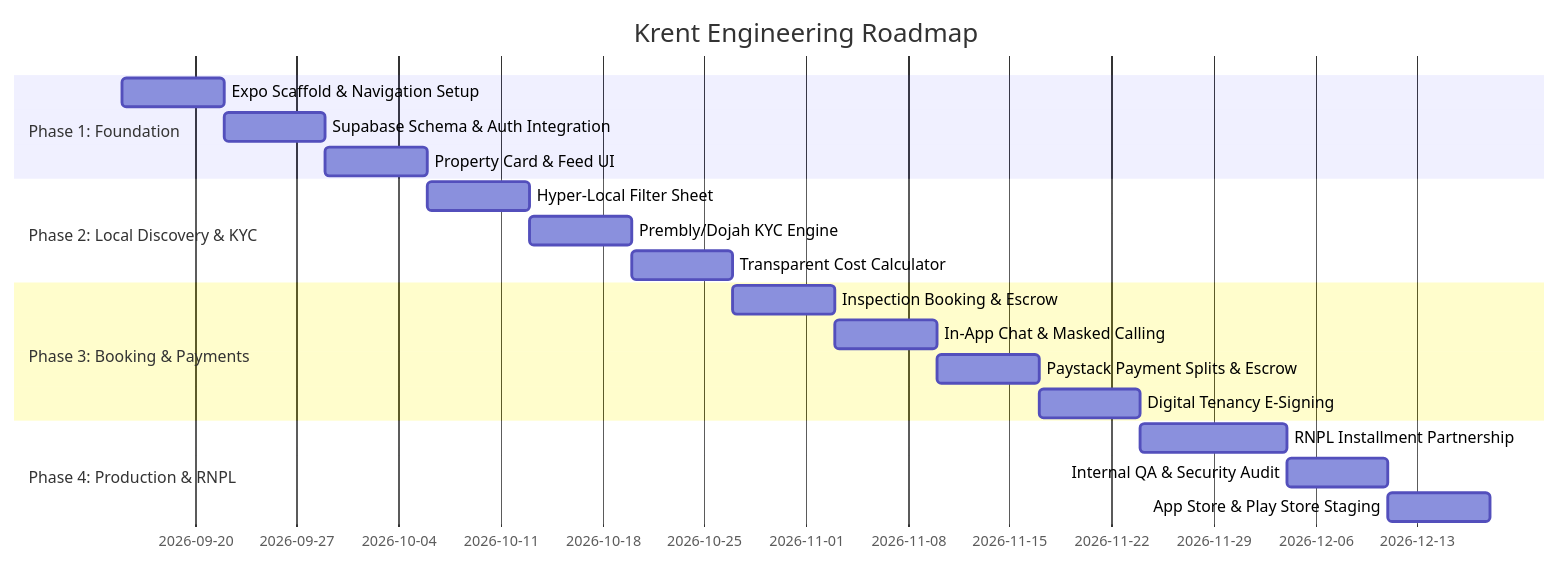
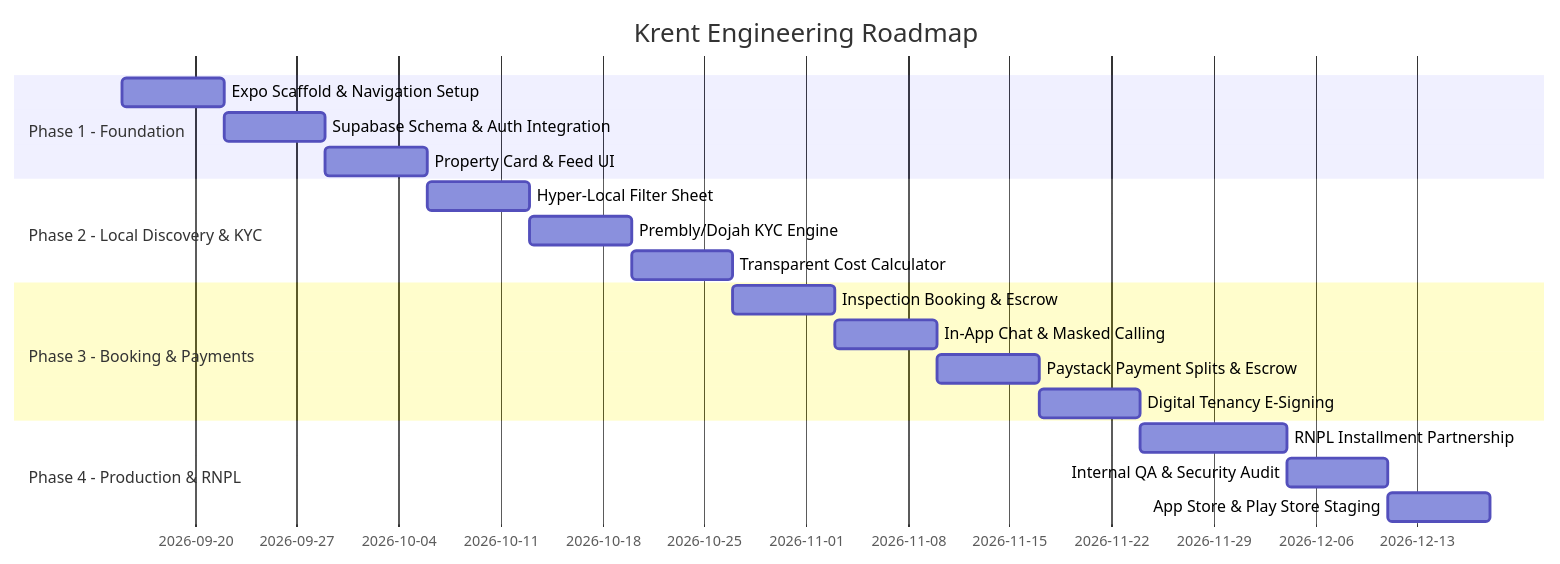
The diagram in PROJECT_ROADMAP.md (ajibolagenius/krent), drawn with Mermaid before and after one commit. The commit also changed other lines of this file and 4 other files, not shown here.

Commit message:
refactor: standardize Mermaid diagram syntax and update documentation cross-references

````diff
--- a/PROJECT_ROADMAP.md
+++ b/PROJECT_ROADMAP.md
@@ -9,22 +9,22 @@
 ```mermaid
 gantt
     title Krent Engineering Roadmap
     dateFormat  YYYY-MM-DD
-    section Phase 1: Foundation
+    section Phase 1 - Foundation
     Expo Scaffold & Navigation Setup   :2026-09-15, 7d
     Supabase Schema & Auth Integration :2026-09-22, 7d
     Property Card & Feed UI            :2026-09-29, 7d
-    section Phase 2: Local Discovery & KYC
+    section Phase 2 - Local Discovery & KYC
     Hyper-Local Filter Sheet           :2026-10-06, 7d
     Prembly/Dojah KYC Engine           :2026-10-13, 7d
     Transparent Cost Calculator        :2026-10-20, 7d
-    section Phase 3: Booking & Payments
+    section Phase 3 - Booking & Payments
     Inspection Booking & Escrow        :2026-10-27, 7d
     In-App Chat & Masked Calling       :2026-11-03, 7d
     Paystack Payment Splits & Escrow   :2026-11-10, 7d
     Digital Tenancy E-Signing          :2026-11-17, 7d
-    section Phase 4: Production & RNPL
+    section Phase 4 - Production & RNPL
     RNPL Installment Partnership       :2026-11-24, 10d
     Internal QA & Security Audit       :2026-12-04, 7d
     App Store & Play Store Staging     :2026-12-11, 7d
 ```
````
